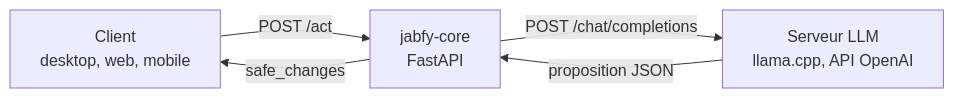
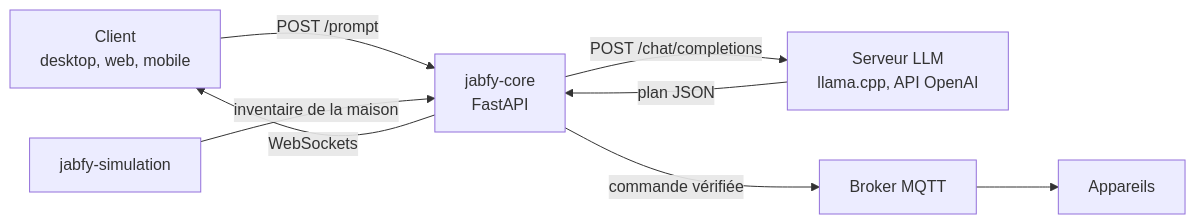
Before and after one commit to jabfy-corp/jabfy-core: the diagram in docs/README.md, drawn with Mermaid. The commit also changed other lines of this file and 4 other files, not shown here.

````diff
--- a/docs/README.md
+++ b/docs/README.md
@@ -9,7 +9,10 @@
 ```mermaid
 flowchart LR
-    C[Client<br/>desktop, web, mobile] -->|POST /act| API[jabfy-core<br/>FastAPI]
+    C[Client<br/>desktop, web, mobile] -->|POST /prompt| API[jabfy-core<br/>FastAPI]
+    S[jabfy-simulation] -->|inventaire de la maison| API
     API -->|POST /chat/completions| L[Serveur LLM<br/>llama.cpp, API OpenAI]
-    L -->|proposition JSON| API
-    API -->|safe_changes| C
+    L -->|plan JSON| API
+    API -->|commande vérifiée| M[Broker MQTT]
+    M --> D[Appareils]
+    API -->|WebSockets| C
 ```
````
